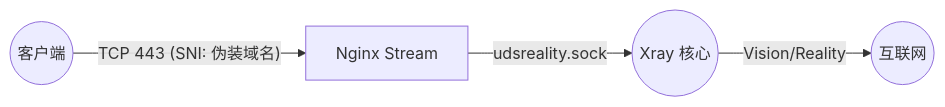
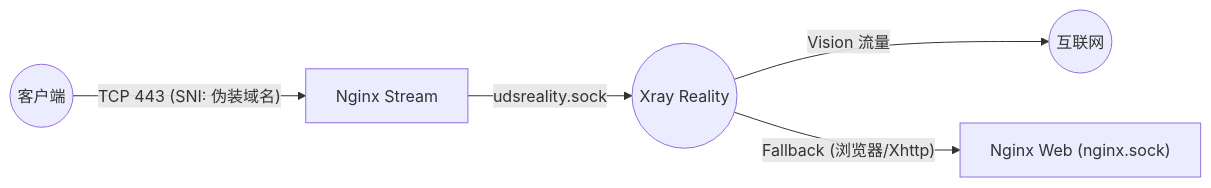
The first of 9 diagrams in docker/sb-xray/docs/client-configs.md (currycan/key), drawn with Mermaid before and after one commit. The commit also changed other lines of this file and 4 other files, not shown here.

````diff
--- a/docker/sb-xray/docs/client-configs.md
+++ b/docker/sb-xray/docs/client-configs.md
@@ -26,6 +26,8 @@
 ```mermaid
 graph LR
     User((客户端)) -- TCP 443 (SNI: 伪装域名) --> NginxStream[Nginx Stream]
-    NginxStream -- udsreality.sock --> Xray((Xray 核心))
-    Xray -- Vision/Reality --> Internet((互联网))
+    NginxStream -- udsreality.sock --> Reality((Xray Reality))
+
+    Reality -- Vision 流量 --> Internet((互联网))
+    Reality -- Fallback (浏览器/Xhttp) --> NginxWeb["Nginx Web (nginx.sock)"]
 ```
````
